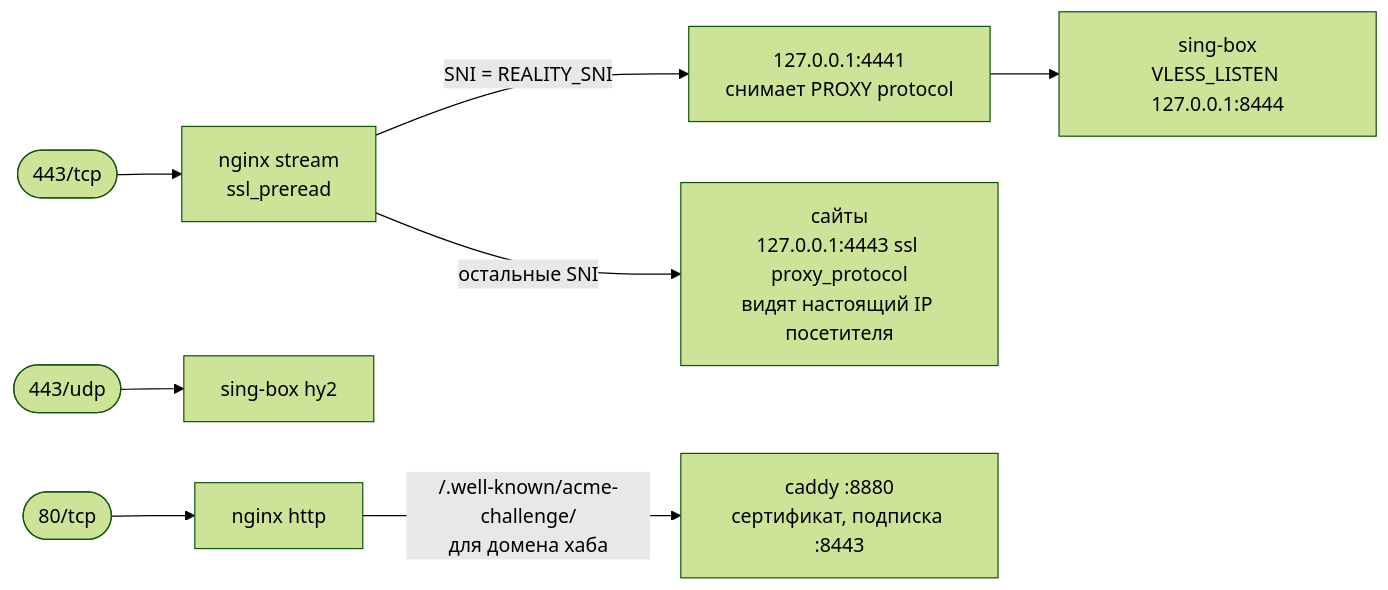
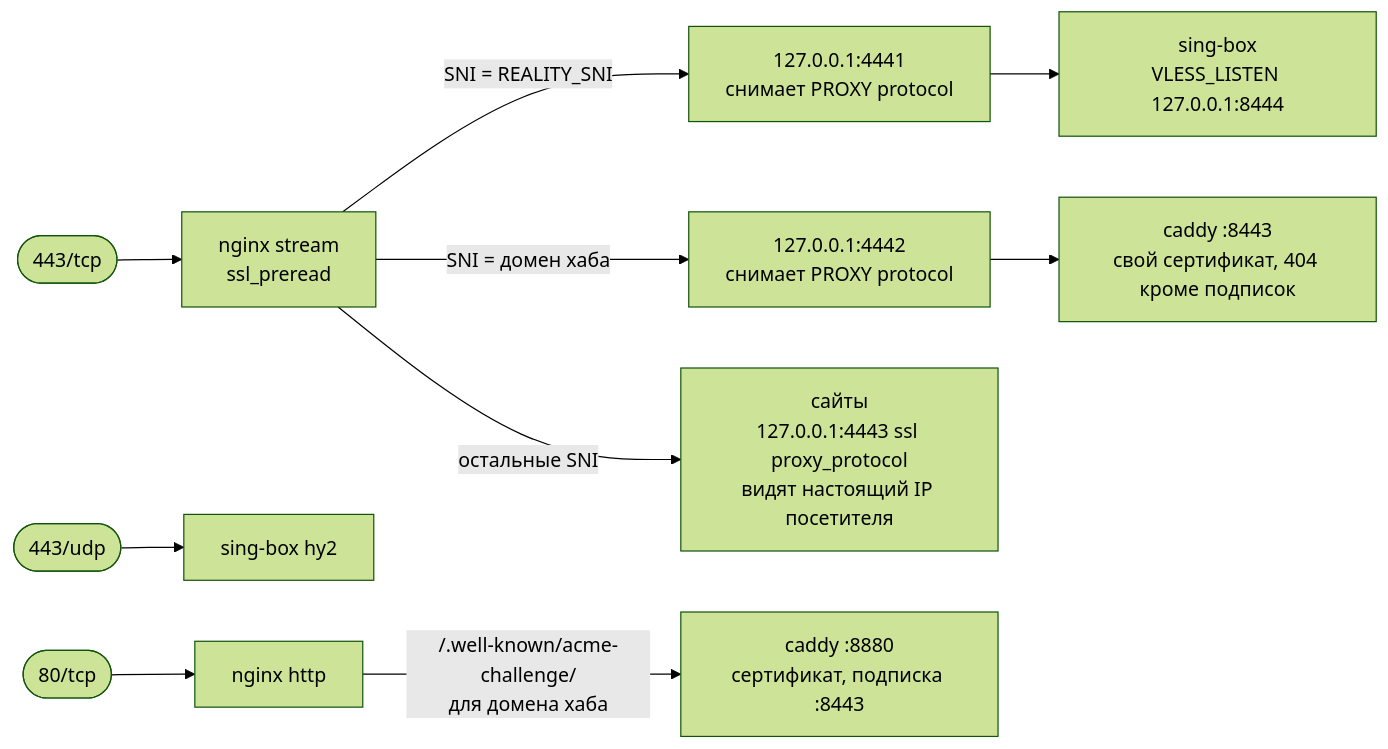
One commit to Dx-by-Dy/custom-vpn changed the fourth of 7 diagrams in ARCHITECTURE.md. Above: the diagram before and after it, drawn with Mermaid (forest theme). The commit also changed other lines of this file and 4 other files, not shown here.

Commit message:
Docs up to date: TODO only what's left, ARCHITECTURE describes what works (exit choice, status and control check, SNI of the hub's domain, several control domains), no infrastructure details in the public docs

````diff
--- a/ARCHITECTURE.md
+++ b/ARCHITECTURE.md
@@ -141,9 +143,11 @@
 ```mermaid
 flowchart LR
   in(["443/tcp"]) --> ng["nginx stream<br/>ssl_preread"]
   ng -- "SNI = REALITY_SNI" --> strip["127.0.0.1:4441<br/>снимает PROXY protocol"]
   strip --> sb["sing-box<br/>VLESS_LISTEN 127.0.0.1:8444"]
+  ng -- "SNI = домен хаба" --> strip2["127.0.0.1:4442<br/>снимает PROXY protocol"]
+  strip2 --> caddy443["caddy :8443<br/>свой сертификат, 404 кроме подписок"]
   ng -- "остальные SNI" --> site["сайты<br/>127.0.0.1:4443 ssl proxy_protocol<br/>видят настоящий IP посетителя"]
   udp(["443/udp"]) --> hy["sing-box hy2"]
   p80(["80/tcp"]) --> ng80["nginx http"] -- "/.well-known/acme-challenge/<br/>для домена хаба" --> caddy["caddy :8880<br/>сертификат, подписка :8443"]
 ```
````
